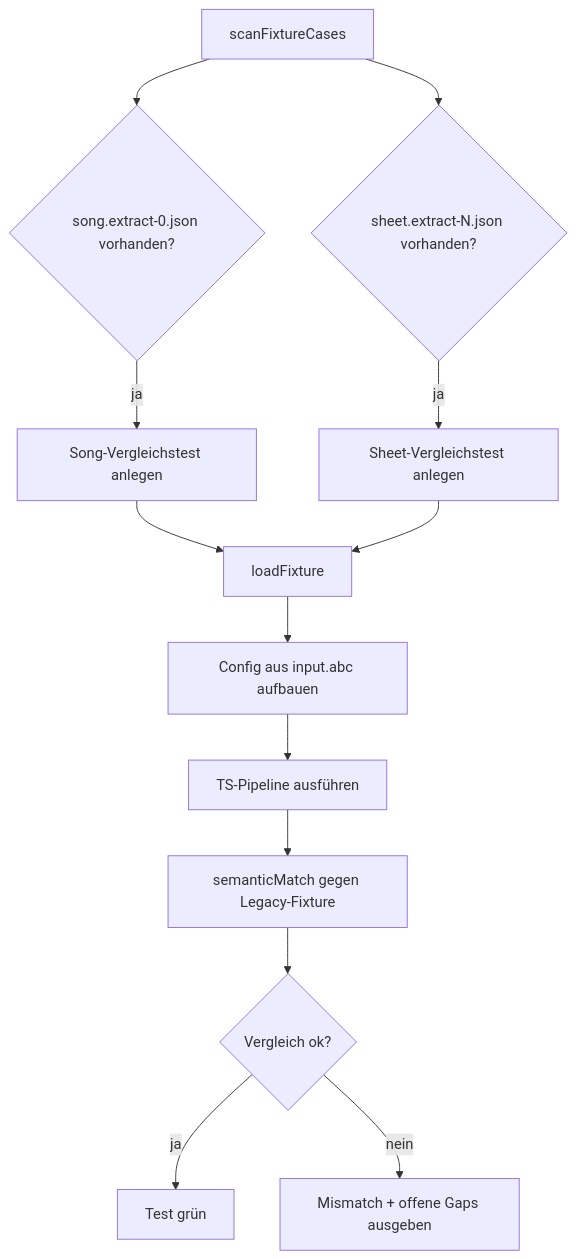
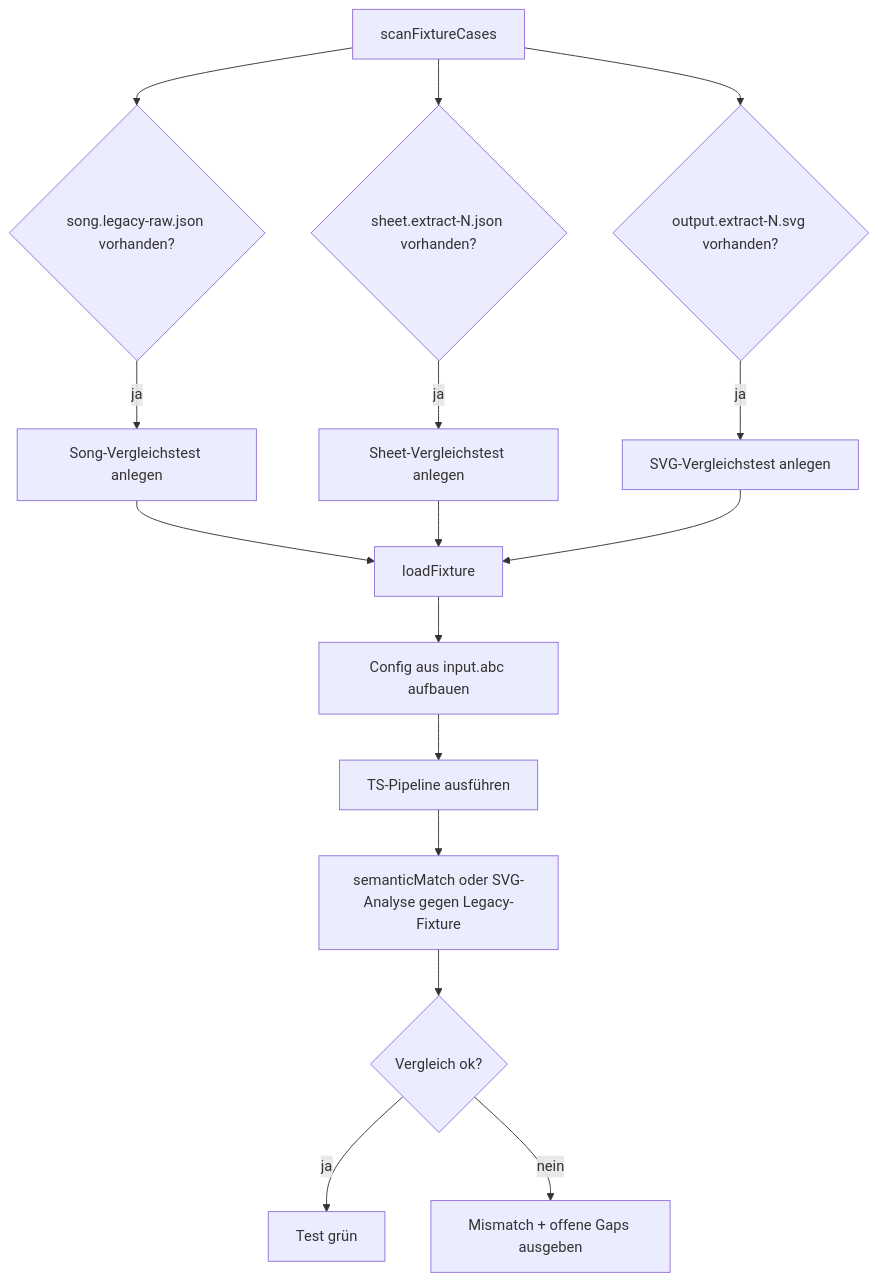
Before and after one commit to bwl21/zupfnoter-ts: the first of 5 diagrams in docs/testing/fixture-driven-testing.md, drawn with Mermaid. The commit also changed other lines of this file and 36 other files, not shown here.

First line of the commit message:
Align fixture dumps with extract-based workflow

````diff
--- a/docs/testing/fixture-driven-testing.md
+++ b/docs/testing/fixture-driven-testing.md
@@ -73,15 +75,18 @@
 ```mermaid
 flowchart TD
-  A[scanFixtureCases] --> B{song.extract-0.json vorhanden?}
+  A[scanFixtureCases] --> B{song.legacy-raw.json vorhanden?}
   A --> C{sheet.extract-N.json vorhanden?}
-  B -->|ja| D[Song-Vergleichstest anlegen]
-  C -->|ja| E[Sheet-Vergleichstest anlegen]
-  D --> F[loadFixture]
-  E --> F
-  F --> G[Config aus input.abc aufbauen]
-  G --> H[TS-Pipeline ausführen]
-  H --> I[semanticMatch gegen Legacy-Fixture]
-  I --> J{Vergleich ok?}
-  J -->|ja| K[Test grün]
-  J -->|nein| L[Mismatch + offene Gaps ausgeben]
+  A --> D{output.extract-N.svg vorhanden?}
+  B -->|ja| E[Song-Vergleichstest anlegen]
+  C -->|ja| F[Sheet-Vergleichstest anlegen]
+  D -->|ja| G[SVG-Vergleichstest anlegen]
+  E --> H[loadFixture]
+  F --> H
+  G --> H
+  H --> I[Config aus input.abc aufbauen]
+  I --> J[TS-Pipeline ausführen]
+  J --> K[semanticMatch oder SVG-Analyse gegen Legacy-Fixture]
+  K --> L{Vergleich ok?}
+  L -->|ja| M[Test grün]
+  L -->|nein| N[Mismatch + offene Gaps ausgeben]
 ```
````
